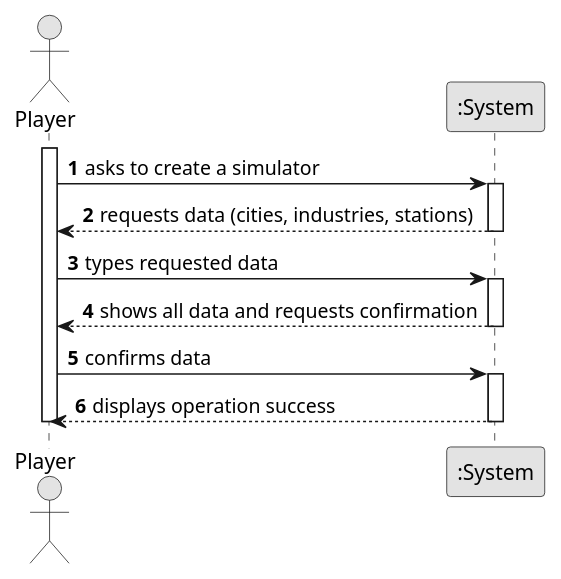
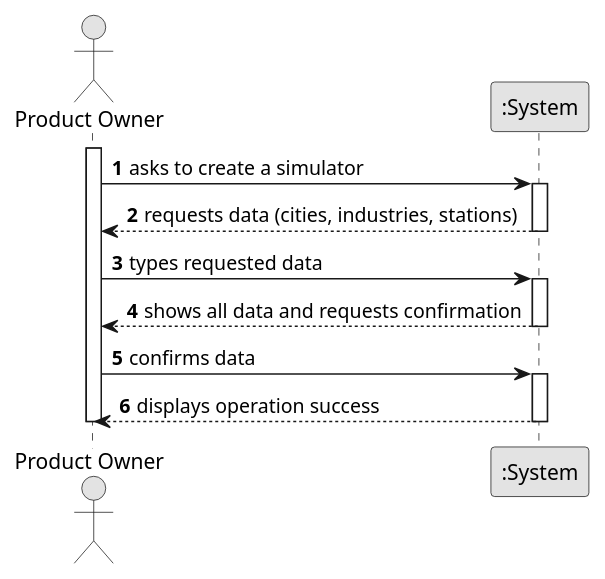
Before and after one commit to Educ00/mdisc-2425: the diagram in docs/system-documentation/sprint 1/US12/01.requirements-engineering/puml/US012-SSD.puml, drawn with PlantUML. The commit also changed 1 other file, not shown here.

Commit message:
Changed from Player to PO on US12.

```diff
--- a/docs/system-documentation/sprint 1/US12/01.requirements-engineering/puml/US012-SSD.puml
+++ b/docs/system-documentation/sprint 1/US12/01.requirements-engineering/puml/US012-SSD.puml
@@ -1,32 +1,32 @@
 @startuml
 skinparam monochrome true
 skinparam packageStyle rectangle
 skinparam shadowing false
 
 autonumber
 
-actor "Player" as PO
+actor "Product Owner" as PO
 participant ":System" as System
 
 activate PO
 
     PO -> System : asks to create a simulator
     activate System
 
         System --> PO : requests data (cities, industries, stations)
     deactivate System
 
     PO -> System : types requested data
     activate System
 
         System --> PO : shows all data and requests confirmation
     deactivate System
 
     PO -> System : confirms data
     activate System
 
         System --> PO : displays operation success
     deactivate System
 deactivate PO
 
 @enduml
```
